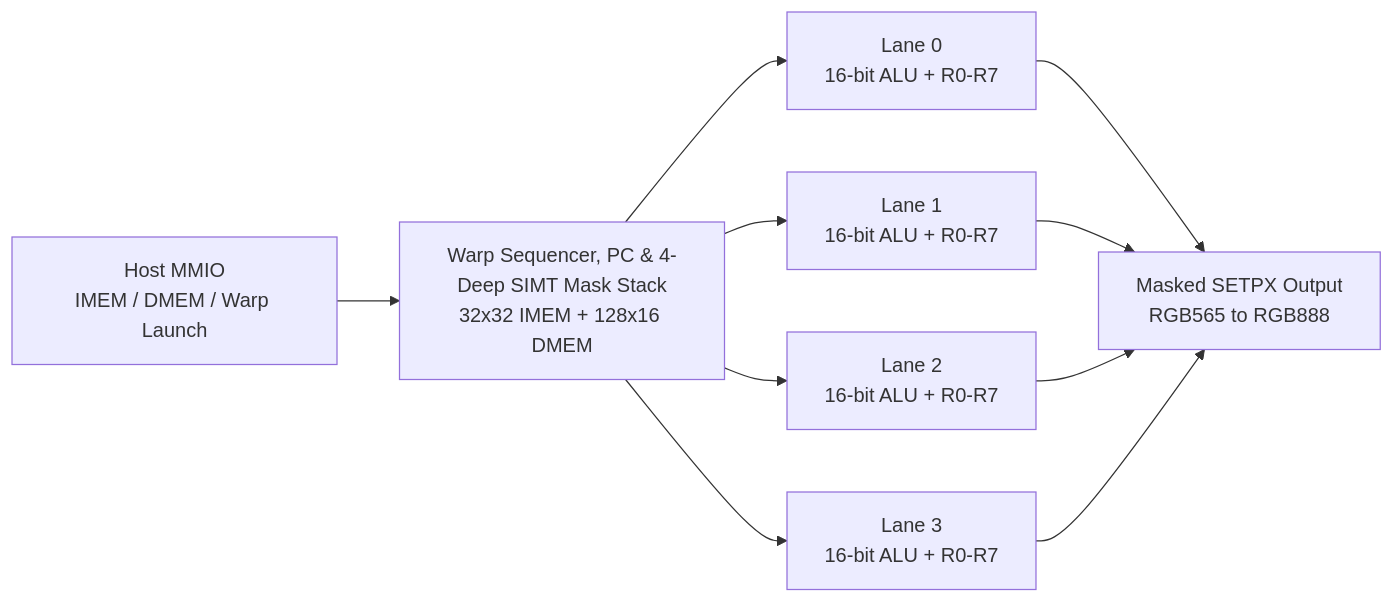
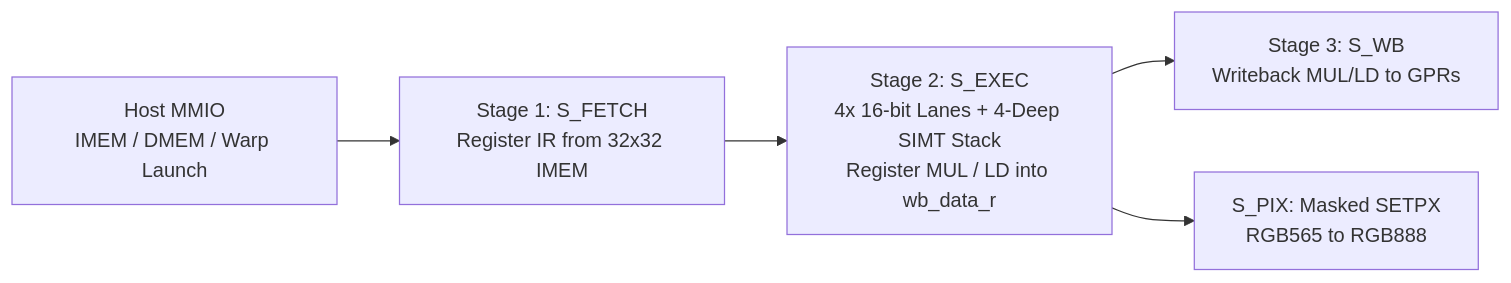
Before and after one commit to nk-verif-labs/nk-simt-gpu: the diagram in README.md, drawn with Mermaid. The commit also changed other lines of this file and 5 other files, not shown here.

````diff
--- a/README.md
+++ b/README.md
@@ -13,9 +13,7 @@
 ```mermaid
 flowchart LR
-    HOST["Host MMIO<br/>IMEM / DMEM / Warp Launch"] --> CTRL["Warp Sequencer, PC &amp; 4-Deep SIMT Mask Stack<br/>32x32 IMEM + 128x16 DMEM"]
-    CTRL --> L0["Lane 0<br/>16-bit ALU + R0-R7"]
-    CTRL --> L1["Lane 1<br/>16-bit ALU + R0-R7"]
-    CTRL --> L2["Lane 2<br/>16-bit ALU + R0-R7"]
-    CTRL --> L3["Lane 3<br/>16-bit ALU + R0-R7"]
-    L0 & L1 & L2 & L3 --> PX["Masked SETPX Output<br/>RGB565 to RGB888"]
+    HOST["Host MMIO<br/>IMEM / DMEM / Warp Launch"] --> IF["Stage 1: S_FETCH<br/>Register IR from 32x32 IMEM"]
+    IF --> EX["Stage 2: S_EXEC<br/>4x 16-bit Lanes + 4-Deep SIMT Stack<br/>Register MUL / LD into wb_data_r"]
+    EX --> WB["Stage 3: S_WB<br/>Writeback MUL/LD to GPRs"]
+    EX --> PX["S_PIX: Masked SETPX<br/>RGB565 to RGB888"]
 ```
````
